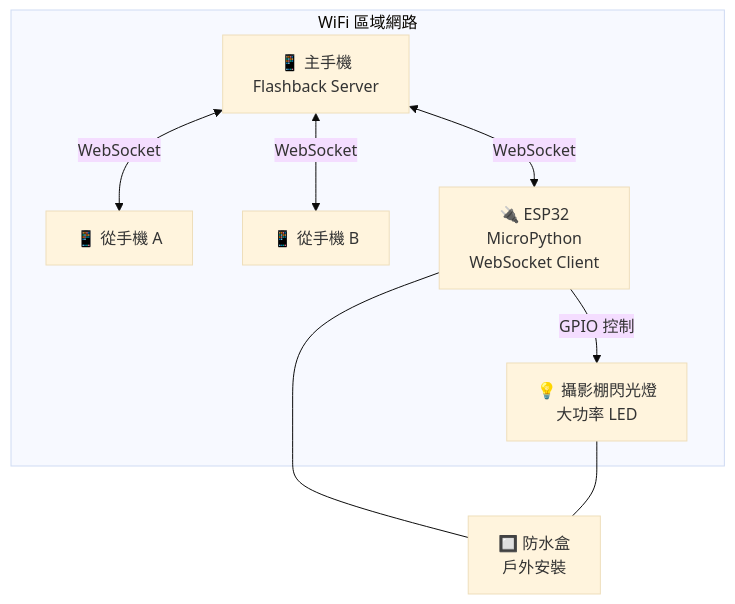
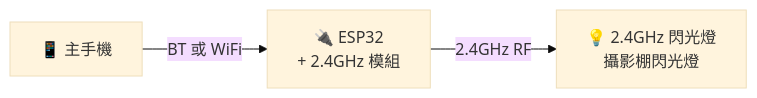
Before and after one commit to laneser/flashback: the fifth of 8 diagrams in docs/ARC42/07-deployment-view.md, drawn with Mermaid (base theme). The commit also changed other lines of this file and 9 other files, not shown here.

First line of the commit message:
Update roadmap phase order and expand external flash to three options

````diff
--- a/docs/ARC42/07-deployment-view.md
+++ b/docs/ARC42/07-deployment-view.md
@@ -65,19 +89,4 @@
 ```mermaid
-graph TB
-    subgraph WiFi 區域網路
-        MAIN[📱 主手機<br/>Flashback Server]
-        S1[📱 從手機 A]
-        S2[📱 從手機 B]
-        ESP[🔌 ESP32<br/>MicroPython<br/>WebSocket Client]
-        EXT[💡 攝影棚閃光燈<br/>大功率 LED]
-
-        MAIN <-->|WebSocket| S1
-        MAIN <-->|WebSocket| S2
-        MAIN <-->|WebSocket| ESP
-        ESP -->|GPIO 控制| EXT
-    end
-
-    BOX[🔲 防水盒<br/>戶外安裝]
-    ESP --- BOX
-    EXT --- BOX
+graph LR
+    PHONE[📱 主手機] -->|BT 或 WiFi| ESP[🔌 ESP32<br/>+ 2.4GHz 模組] -->|2.4GHz RF| RF[💡 2.4GHz 閃光燈<br/>攝影棚閃光燈]
 ```
````
